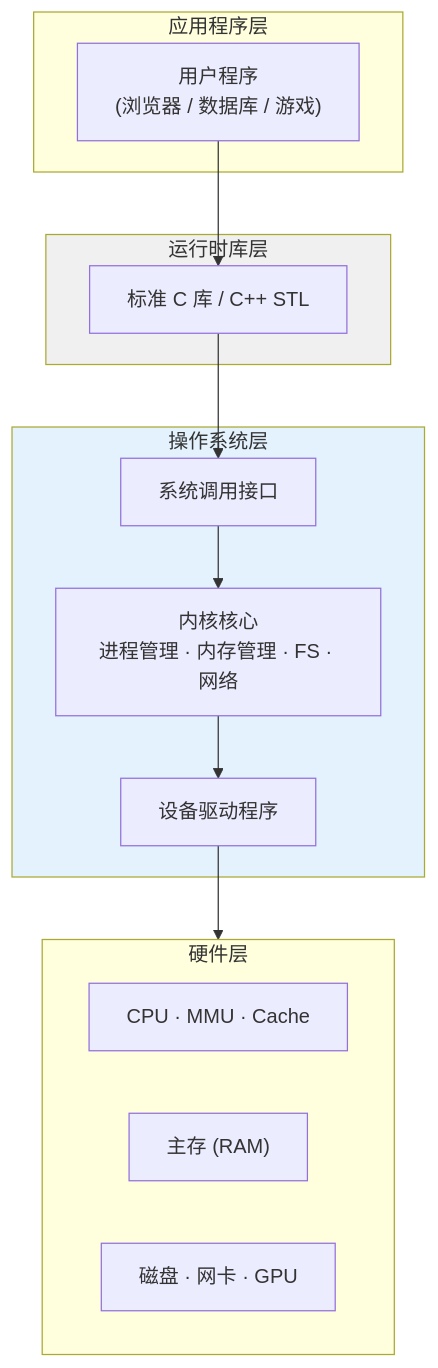
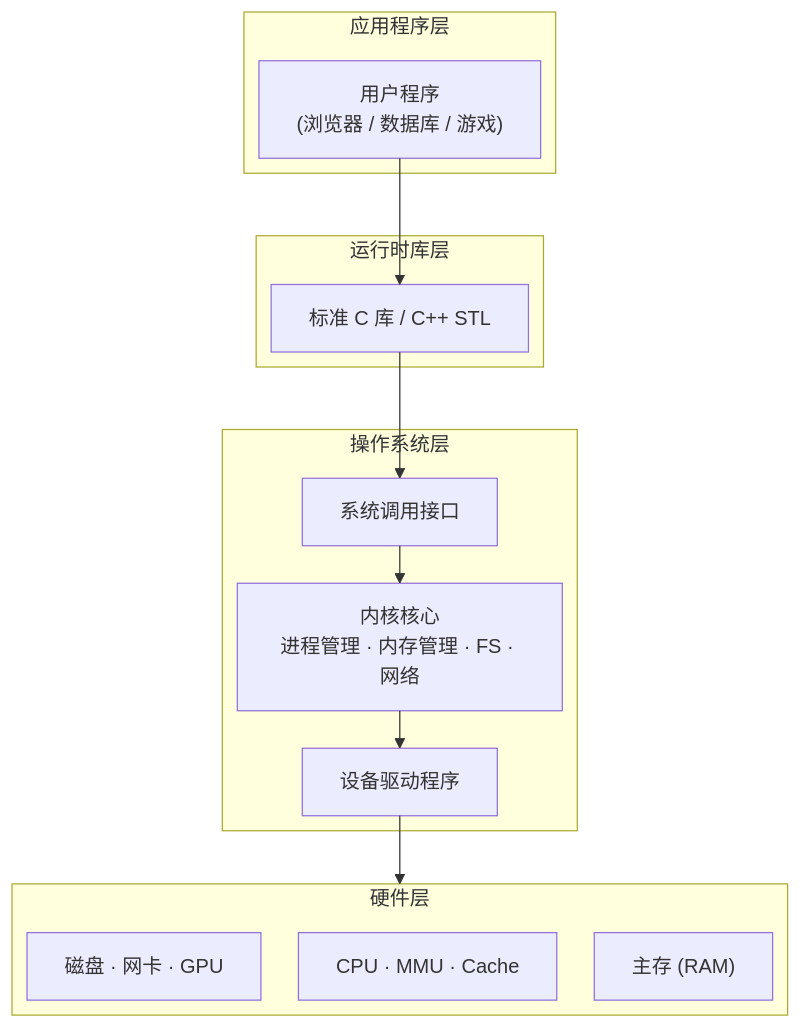
One commit to ziyan-cs/obsidian-coding-notes changed the diagram in 01-CS Core (计算机核心基础)/01-Computer Fundamentals（计算机基础）/01-Computer Overview（计算机系统总览）/03-System Abstraction（系统抽象层次）.md. Above: the diagram before and after it, drawn with Mermaid. The commit also changed 37 other files, not shown here.

````diff
--- a/01-CS Core (计算机核心基础)/01-Computer Fundamentals（计算机基础）/01-Computer Overview（计算机系统总览）/03-System Abstraction（系统抽象层次）.md
+++ b/01-CS Core (计算机核心基础)/01-Computer Fundamentals（计算机基础）/01-Computer Overview（计算机系统总览）/03-System Abstraction（系统抽象层次）.md
@@ -13,28 +13,27 @@
 ```mermaid
+%%{init: {"flowchart": {"defaultRenderer": "elk", "curve": "monotoneX"}} }%%
 graph TD
     subgraph App["应用程序层"]
         APP1["用户程序<br/>(浏览器 / 数据库 / 游戏)"]
     end
     subgraph Library["运行时库层"]
         LIBC["标准 C 库 / C++ STL"]
     end
     subgraph OS["操作系统层"]
         SYS["系统调用接口"]
         KERN["内核核心<br/>进程管理 · 内存管理 · FS · 网络"]
         DRV["设备驱动程序"]
     end
     subgraph HW["硬件层"]
         CPU["CPU · MMU · Cache"]
         MEM["主存 (RAM)"]
         DEV["磁盘 · 网卡 · GPU"]
     end
     
     APP1 --> LIBC
     LIBC --> SYS
     SYS --> KERN
     KERN --> DRV
     DRV --> HW
     
-    style Library fill:#f0f0f0
-    style OS fill:#e3f2fd
 ```
````
